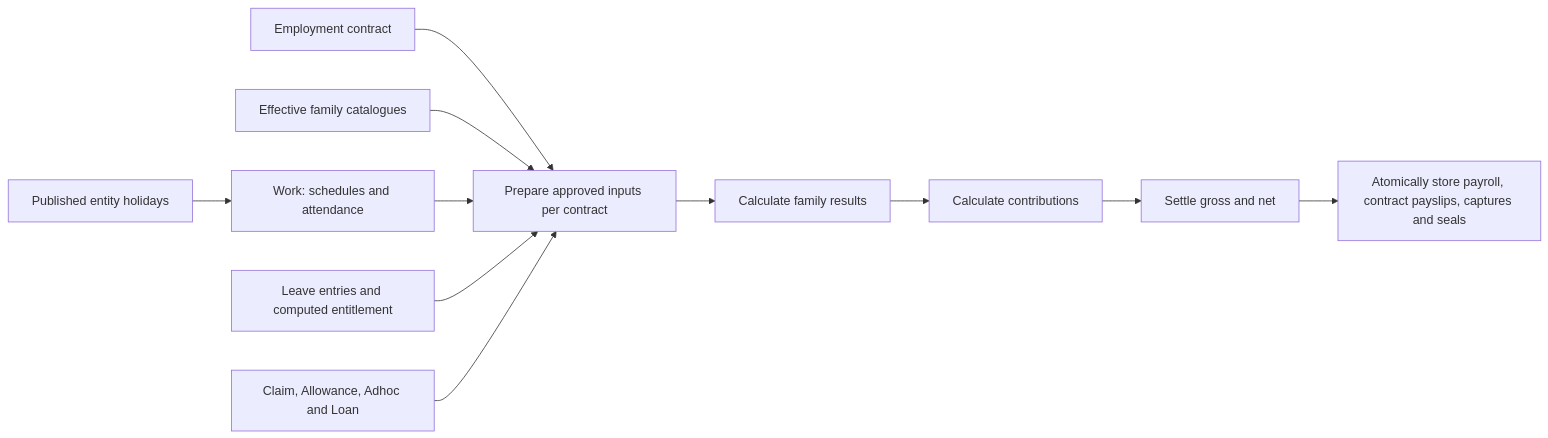
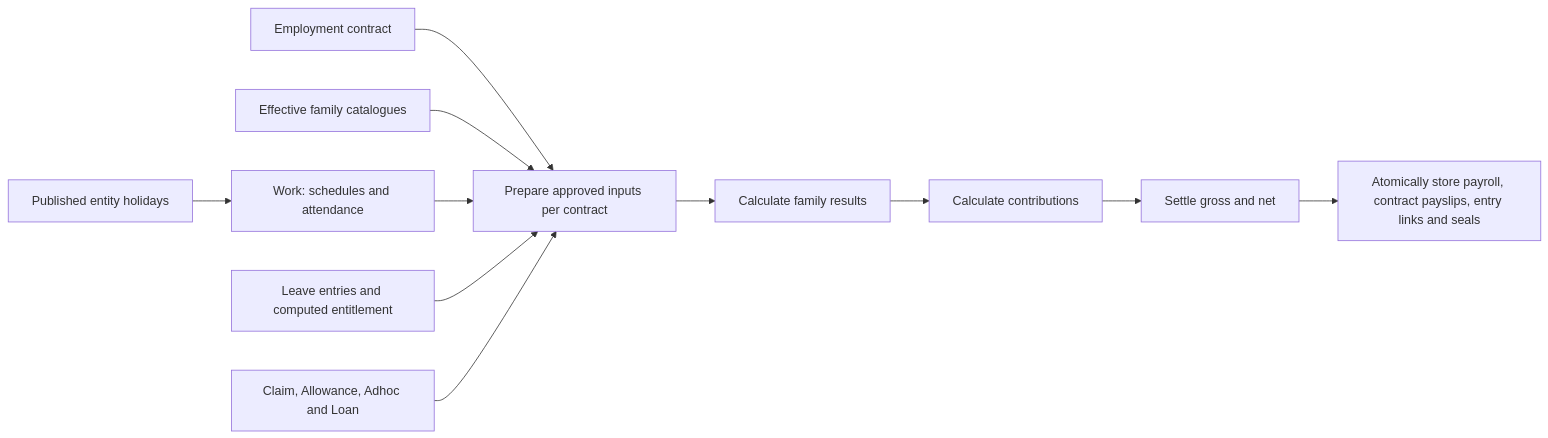
One commit to norbital-ai/templates changed the diagram in hr-payroll/README.md. Above: the diagram before and after it, drawn with Mermaid. The commit also changed other lines of this file and 357 other files, not shown here.

````diff
--- a/hr-payroll/README.md
+++ b/hr-payroll/README.md
@@ -19,13 +21,13 @@
 ```mermaid
 flowchart LR
     Contract[Employment contract] --> Prepare[Prepare approved inputs per contract]
     Catalog[Effective family catalogues] --> Prepare
     Holidays[Published entity holidays] --> Work[Work: schedules and attendance]
     Work --> Prepare
     Leave[Leave entries and computed entitlement] --> Prepare
     Money[Claim, Allowance, Adhoc and Loan] --> Prepare
     Prepare --> Calculate[Calculate family results]
     Calculate --> Contribution[Calculate contributions]
     Contribution --> Settle[Settle gross and net]
-    Settle --> Commit[Atomically store payroll, contract payslips, captures and seals]
+    Settle --> Commit[Atomically store payroll, contract payslips, entry links and seals]
 ```
````
